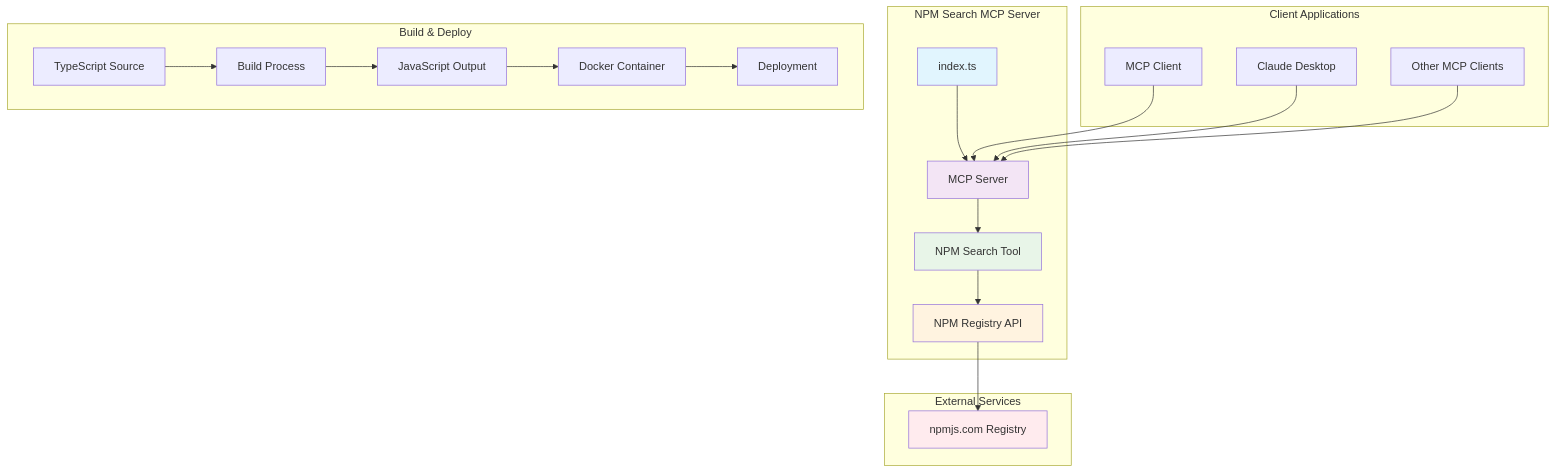
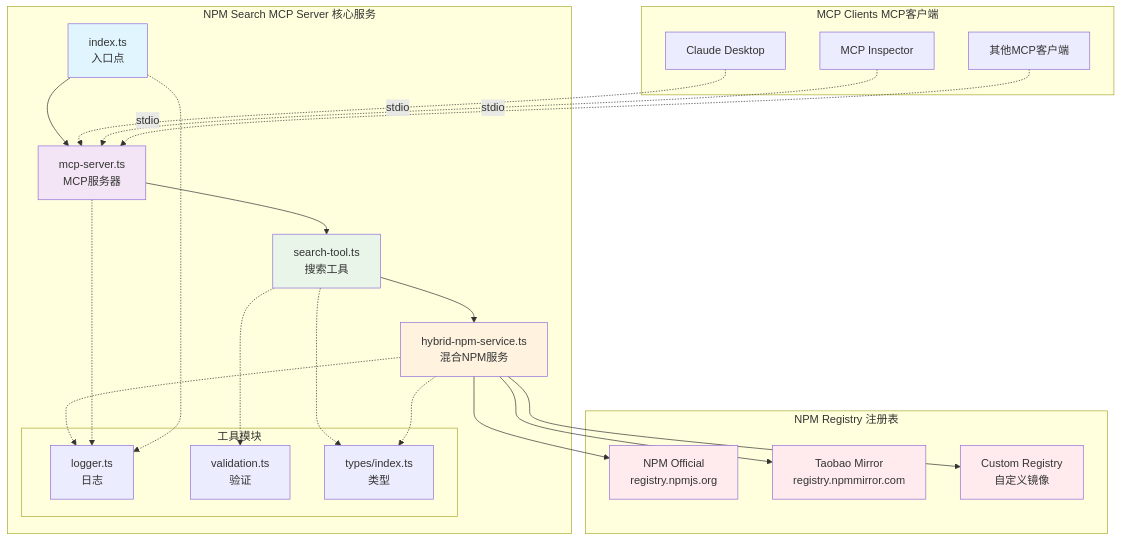
Before and after one commit to long36708/npm-search-mcp-server: the first of 2 diagrams in docs/architecture.md, drawn with Mermaid. The commit also changed other lines of this file and 16 other files, not shown here.

First line of the commit message:
feat(architecture): 更新架构文档并实现混合模式

````diff
--- a/docs/architecture.md
+++ b/docs/architecture.md
@@ -9,31 +9,50 @@
 ```mermaid
 graph TB
-    subgraph "NPM Search MCP Server"
-        A[index.ts] --> B[MCP Server]
-        B --> C[NPM Search Tool]
-        C --> D[NPM Registry API]
+    subgraph "MCP Clients MCP客户端"
+        F[Claude Desktop]
+        G[MCP Inspector] 
+        H[其他MCP客户端]
     end
     
-    subgraph "External Services"
-        D --> E[npmjs.com Registry]
+    subgraph "NPM Search MCP Server 核心服务"
+        A[index.ts<br/>入口点] --> B[mcp-server.ts<br/>MCP服务器]
+        B --> C[search-tool.ts<br/>搜索工具]
+        C --> D[hybrid-npm-service.ts<br/>混合NPM服务]
+        
+        subgraph "工具模块"
+            L[logger.ts<br/>日志]
+            V[validation.ts<br/>验证]
+            T[types/index.ts<br/>类型]
+        end
     end
     
-    subgraph "Client Applications"
-        F[MCP Client] --> B
-        G[Claude Desktop] --> B
-        H[Other MCP Clients] --> B
+    subgraph "NPM Registry 注册表"
+        E1[NPM Official<br/>registry.npmjs.org]
+        E2[Taobao Mirror<br/>registry.npmmirror.com]
+        E3[Custom Registry<br/>自定义镜像]
     end
     
-    subgraph "Build & Deploy"
-        I[TypeScript Source] --> J[Build Process]
-        J --> K[JavaScript Output]
-        K --> L[Docker Container]
-        L --> M[Deployment]
-    end
+    F -.->|stdio| B
+    G -.->|stdio| B
+    H -.->|stdio| B
+    
+    D --> E1
+    D --> E2
+    D --> E3
+    
+    C -.-> V
+    D -.-> L
+    B -.-> L
+    A -.-> L
+    
+    C -.-> T
+    D -.-> T
     
     style A fill:#e1f5fe
     style B fill:#f3e5f5
     style C fill:#e8f5e8
     style D fill:#fff3e0
-    style E fill:#ffebee
+    style E1 fill:#ffebee
+    style E2 fill:#ffebee
+    style E3 fill:#ffebee
 ```
````
